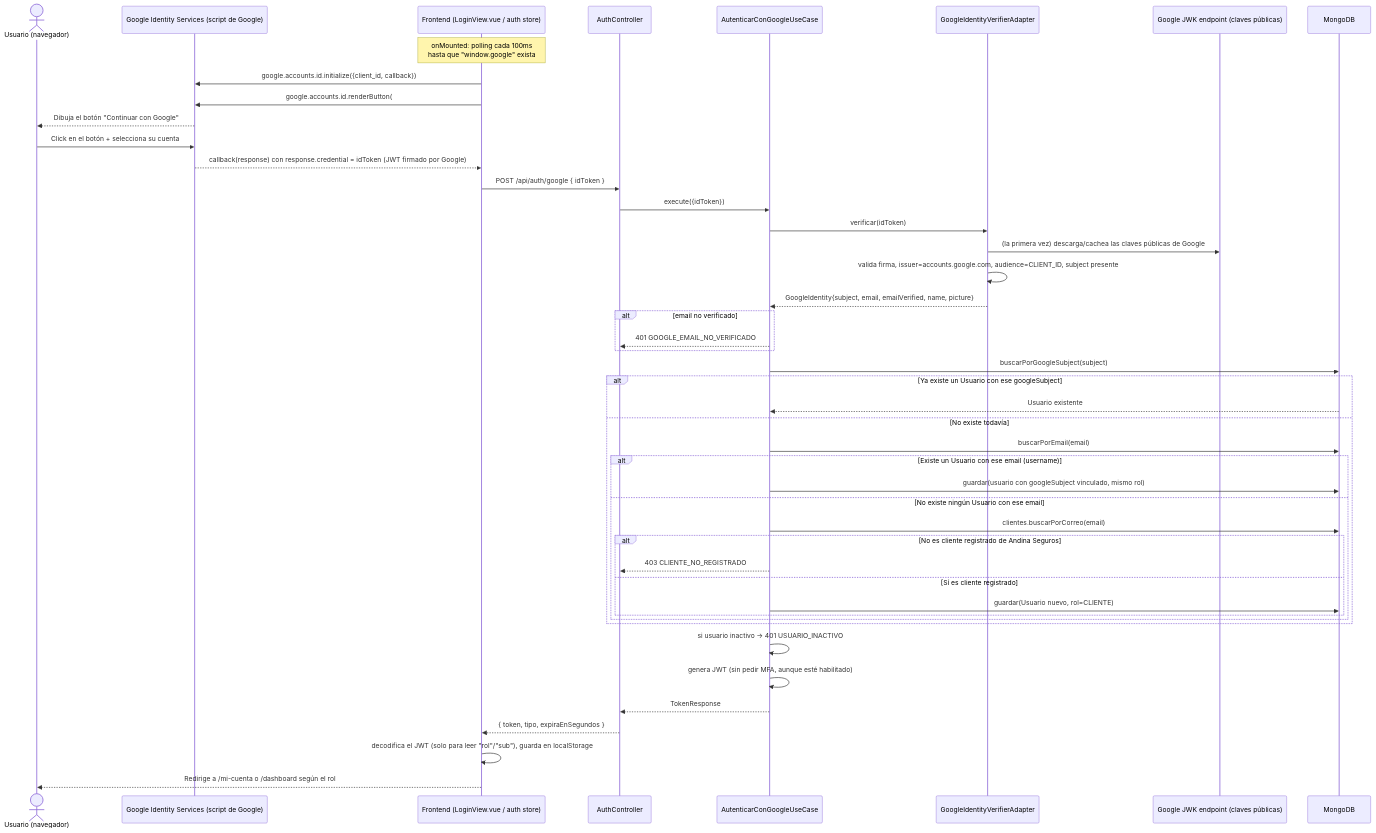
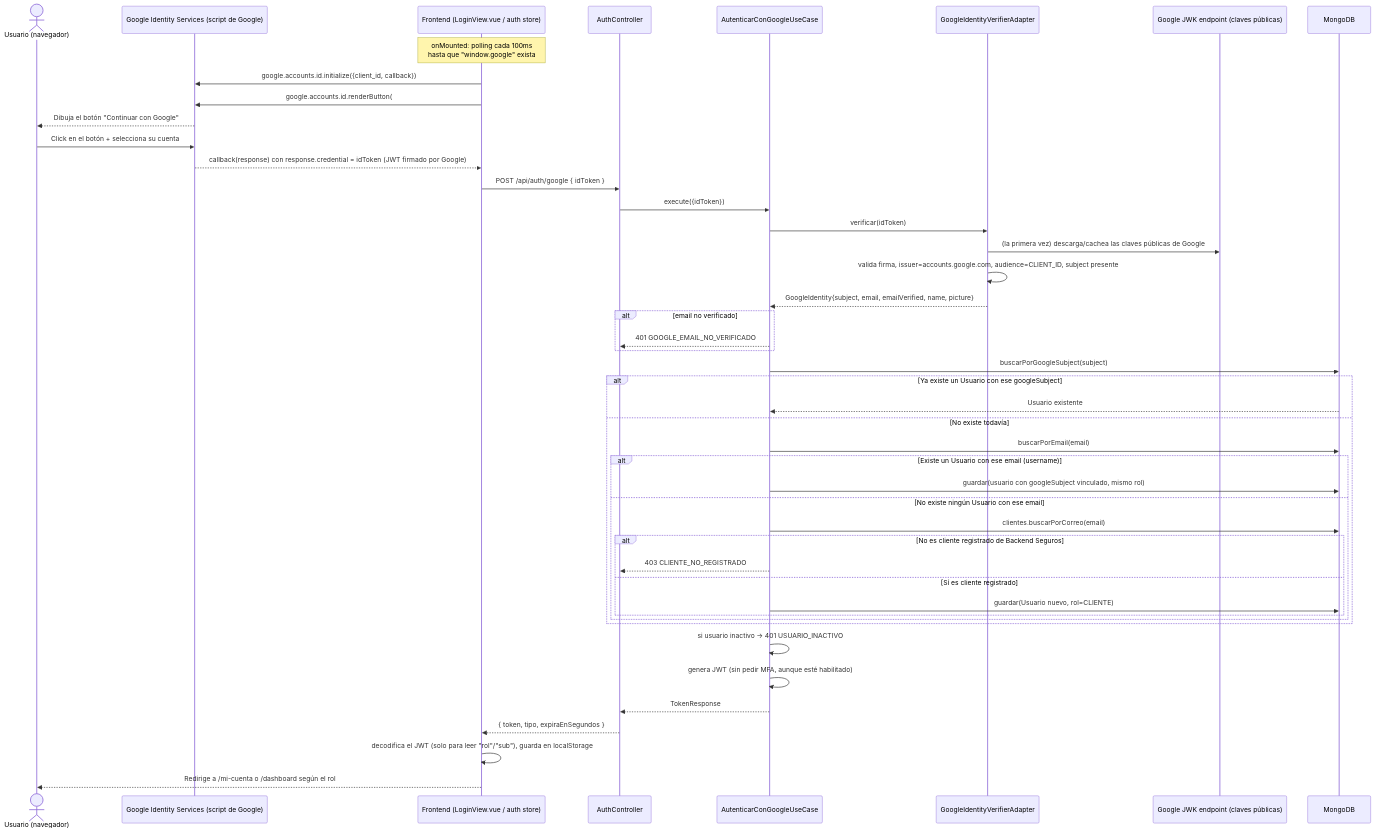
One commit to shaniira/Mod5-Tarea1-Microservicios changed the diagram in doc/4. Analisis-Login-Social-MFA/LOGIN-GOOGLE.md. Above: the diagram before and after it, drawn with Mermaid. The commit also changed other lines of this file and 18 other files, not shown here.

````diff
--- a/doc/4. Analisis-Login-Social-MFA/LOGIN-GOOGLE.md
+++ b/doc/4. Analisis-Login-Social-MFA/LOGIN-GOOGLE.md
@@ -39,49 +41,49 @@
 ```mermaid
 sequenceDiagram
     actor U as Usuario (navegador)
     participant GIS as Google Identity Services (script de Google)
     participant FE as Frontend (LoginView.vue / auth store)
     participant BE as AuthController
     participant UC as AutenticarConGoogleUseCase
     participant VER as GoogleIdentityVerifierAdapter
     participant JWK as Google JWK endpoint (claves públicas)
     participant DB as MongoDB
 
     Note over FE: onMounted: polling cada 100ms<br/>hasta que "window.google" exista
     FE->>GIS: google.accounts.id.initialize({client_id, callback})
     FE->>GIS: google.accounts.id.renderButton(#google-btn)
     GIS-->>U: Dibuja el botón "Continuar con Google"
     U->>GIS: Click en el botón + selecciona su cuenta
     GIS-->>FE: callback(response) con response.credential = idToken (JWT firmado por Google)
     FE->>BE: POST /api/auth/google { idToken }
     BE->>UC: execute({idToken})
     UC->>VER: verificar(idToken)
     VER->>JWK: (la primera vez) descarga/cachea las claves públicas de Google
     VER->>VER: valida firma, issuer=accounts.google.com, audience=CLIENT_ID, subject presente
     VER-->>UC: GoogleIdentity{subject, email, emailVerified, name, picture}
     alt email no verificado
         UC-->>BE: 401 GOOGLE_EMAIL_NO_VERIFICADO
     end
     UC->>DB: buscarPorGoogleSubject(subject)
     alt Ya existe un Usuario con ese googleSubject
         DB-->>UC: Usuario existente
     else No existe todavía
         UC->>DB: buscarPorEmail(email)
         alt Existe un Usuario con ese email (username)
             UC->>DB: guardar(usuario con googleSubject vinculado, mismo rol)
         else No existe ningún Usuario con ese email
             UC->>DB: clientes.buscarPorCorreo(email)
-            alt No es cliente registrado de Andina Seguros
+            alt No es cliente registrado de Backend Seguros
                 UC-->>BE: 403 CLIENTE_NO_REGISTRADO
             else Sí es cliente registrado
                 UC->>DB: guardar(Usuario nuevo, rol=CLIENTE)
             end
         end
     end
     UC->>UC: si usuario inactivo → 401 USUARIO_INACTIVO
     UC->>UC: genera JWT (sin pedir MFA, aunque esté habilitado)
     UC-->>BE: TokenResponse
     BE-->>FE: { token, tipo, expiraEnSegundos }
     FE->>FE: decodifica el JWT (solo para leer "rol"/"sub"), guarda en localStorage
     FE-->>U: Redirige a /mi-cuenta o /dashboard según el rol
 ```
````
